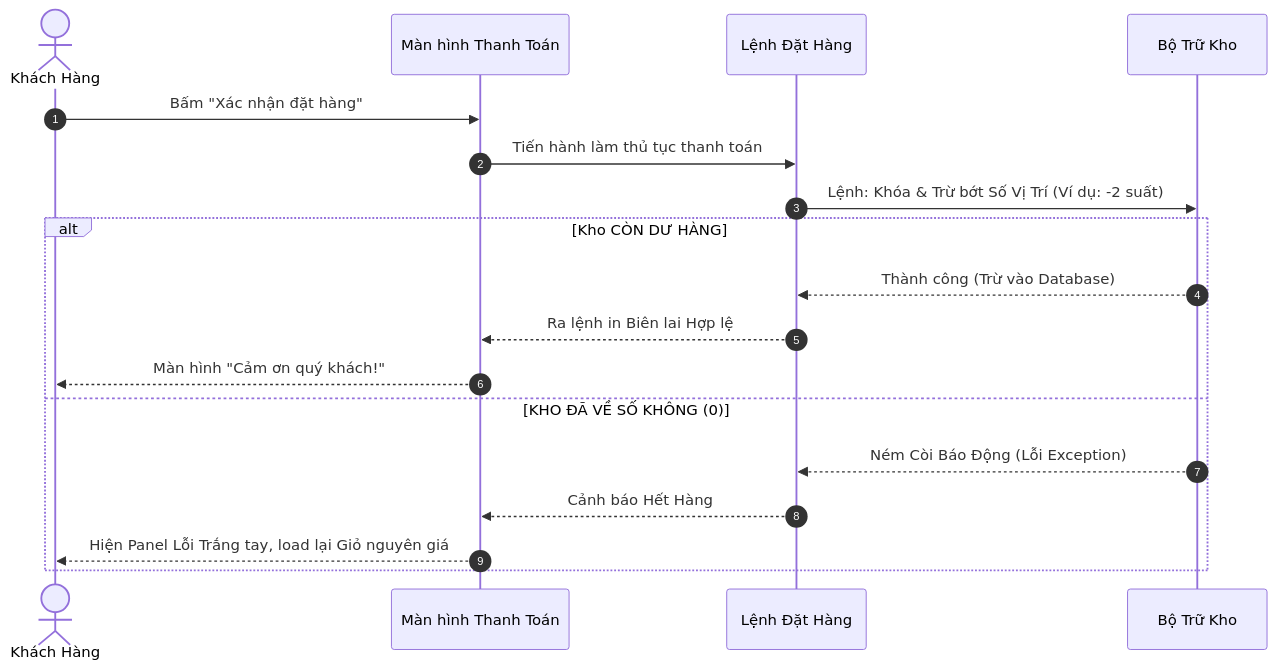
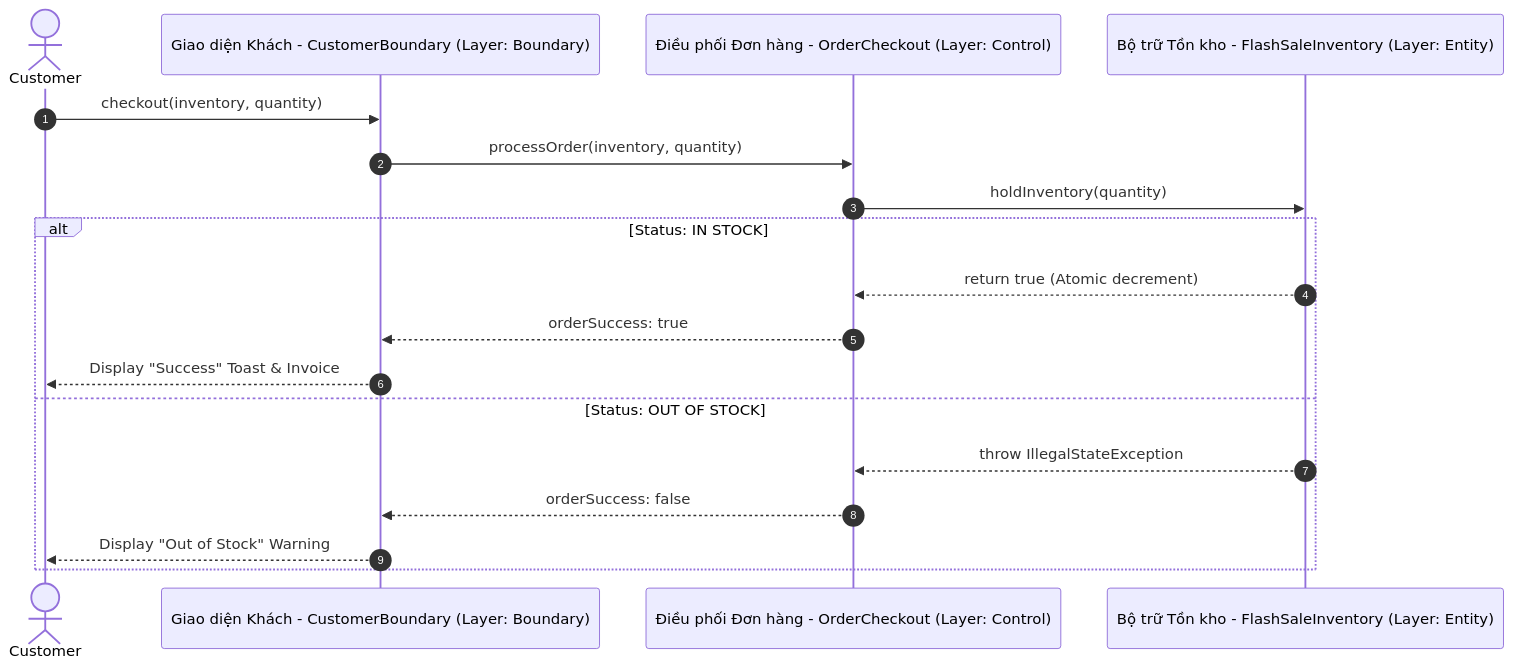
Before and after one commit to BestHoaBonn/flashsaledemo: the third of 6 diagrams in flashsale_diagrams.md, drawn with Mermaid. The commit also changed other lines of this file and 15 other files, not shown here.

Commit message:
feat: implement flash sale core entities and BDD test suite for campaign management, inventory, and analytics

````diff
--- a/flashsale_diagrams.md
+++ b/flashsale_diagrams.md
@@ -111,22 +113,22 @@
 ```mermaid
 sequenceDiagram
     autonumber
-    actor KhachHang as Khách Hàng
-    participant UI as Màn hình Thanh Toán
-    participant Control as Lệnh Đặt Hàng
-    participant Entity as Bộ Trữ Kho
+    actor Customer
+    participant Boundary as Giao diện Khách - CustomerBoundary (Layer: Boundary)
+    participant Control as Điều phối Đơn hàng - OrderCheckout (Layer: Control)
+    participant Entity as Bộ trữ Tồn kho - FlashSaleInventory (Layer: Entity)
 
-    KhachHang->>UI: Bấm "Xác nhận đặt hàng"
-    UI->>Control: Tiến hành làm thủ tục thanh toán
-    Control->>Entity: Lệnh: Khóa & Trừ bớt Số Vị Trí (Ví dụ: -2 suất)
+    Customer->>Boundary: checkout(inventory, quantity)
+    Boundary->>Control: processOrder(inventory, quantity)
+    Control->>Entity: holdInventory(quantity)
     
-    alt Kho CÒN DƯ HÀNG 
-        Entity-->>Control: Thành công (Trừ vào Database)
-        Control-->>UI: Ra lệnh in Biên lai Hợp lệ
-        UI-->>KhachHang: Màn hình "Cảm ơn quý khách!" 
-    else KHO ĐÃ VỀ SỐ KHÔNG (0)
-        Entity-->>Control: Ném Còi Báo Động (Lỗi Exception)
-        Control-->>UI: Cảnh báo Hết Hàng
-        UI-->>KhachHang: Hiện Panel Lỗi Trắng tay, load lại Giỏ nguyên giá
+    alt Status: IN STOCK
+        Entity-->>Control: return true (Atomic decrement)
+        Control-->>Boundary: orderSuccess: true
+        Boundary-->>Customer: Display "Success" Toast & Invoice
+    else Status: OUT OF STOCK
+        Entity-->>Control: throw IllegalStateException
+        Control-->>Boundary: orderSuccess: false
+        Boundary-->>Customer: Display "Out of Stock" Warning
     end
 ```
````
